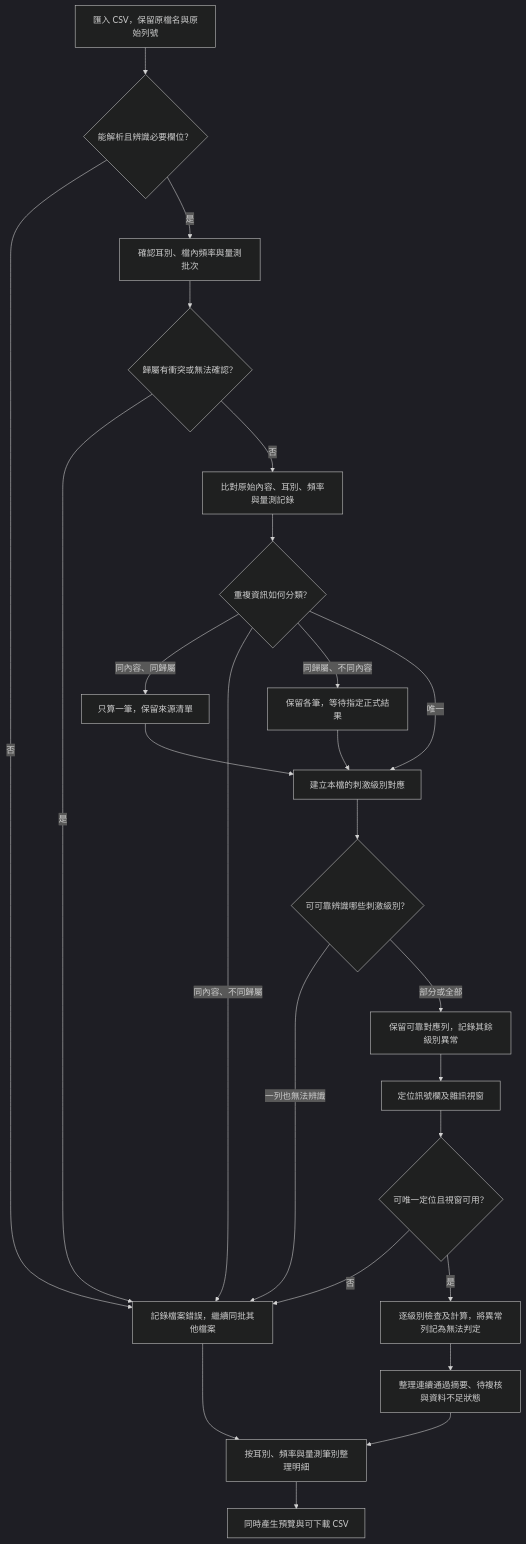
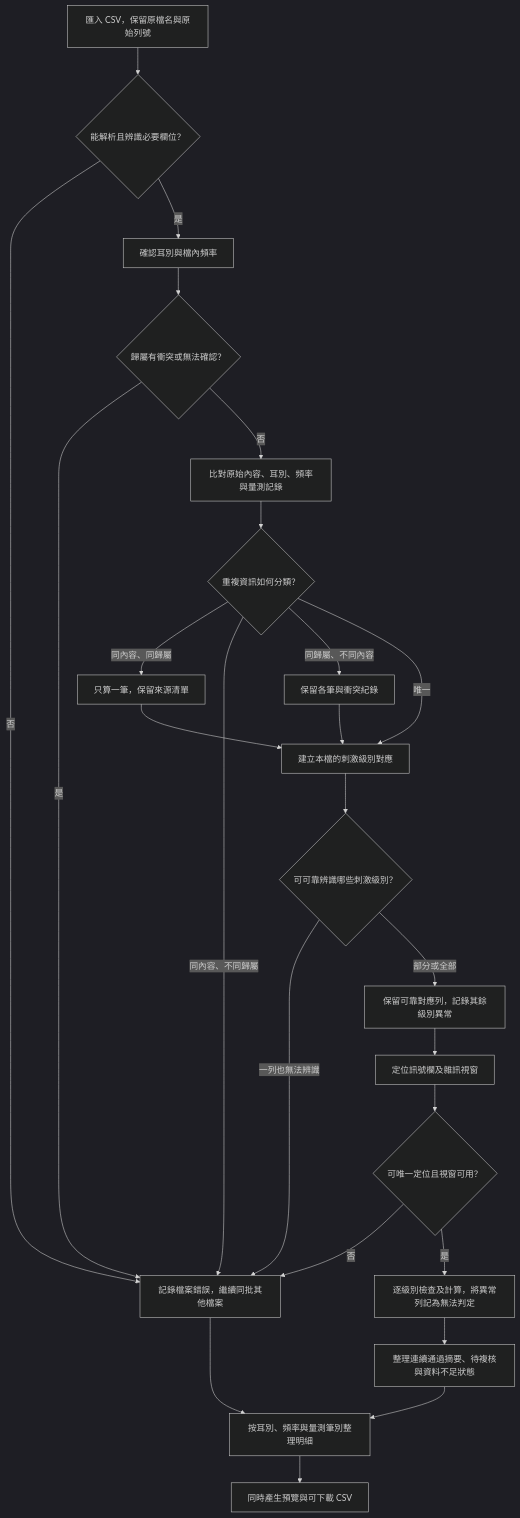
The diagram in BATCH-VALIDATION-SPEC.md (c54076055/OAE-file-transform-yfcheng-lab-), drawn with Mermaid (dark theme) before and after one commit. The commit also changed other lines of this file and 6 other files, not shown here.

````diff
--- a/BATCH-VALIDATION-SPEC.md
+++ b/BATCH-VALIDATION-SPEC.md
@@ -15,27 +15,27 @@
 ```mermaid
 flowchart TD
     A["匯入 CSV，保留原檔名與原始列號"] --> B{"能解析且辨識必要欄位？"}
     B -->|"否"| E["記錄檔案錯誤，繼續同批其他檔案"]
-    B -->|"是"| C["確認耳別、檔內頻率與量測批次"]
+    B -->|"是"| C["確認耳別與檔內頻率"]
     C --> D{"歸屬有衝突或無法確認？"}
     D -->|"是"| E
     D -->|"否"| F["比對原始內容、耳別、頻率與量測記錄"]
     F --> G{"重複資訊如何分類？"}
     G -->|"同內容、同歸屬"| H["只算一筆，保留來源清單"]
     G -->|"同內容、不同歸屬"| E
-    G -->|"同歸屬、不同內容"| I["保留各筆，等待指定正式結果"]
+    G -->|"同歸屬、不同內容"| I["保留各筆與衝突紀錄"]
     G -->|"唯一"| J["建立本檔的刺激級別對應"]
     H --> J
     I --> J
     J --> K{"可可靠辨識哪些刺激級別？"}
     K -->|"一列也無法辨識"| E
     K -->|"部分或全部"| L["保留可靠對應列，記錄其餘級別異常"]
     L --> M["定位訊號欄及雜訊視窗"]
     M --> N{"可唯一定位且視窗可用？"}
     N -->|"否"| E
     N -->|"是"| O["逐級別檢查及計算，將異常列記為無法判定"]
     O --> P["整理連續通過摘要、待複核與資料不足狀態"]
     P --> Q["按耳別、頻率與量測筆別整理明細"]
     E --> Q
     Q --> R["同時產生預覽與可下載 CSV"]
 ```
````
